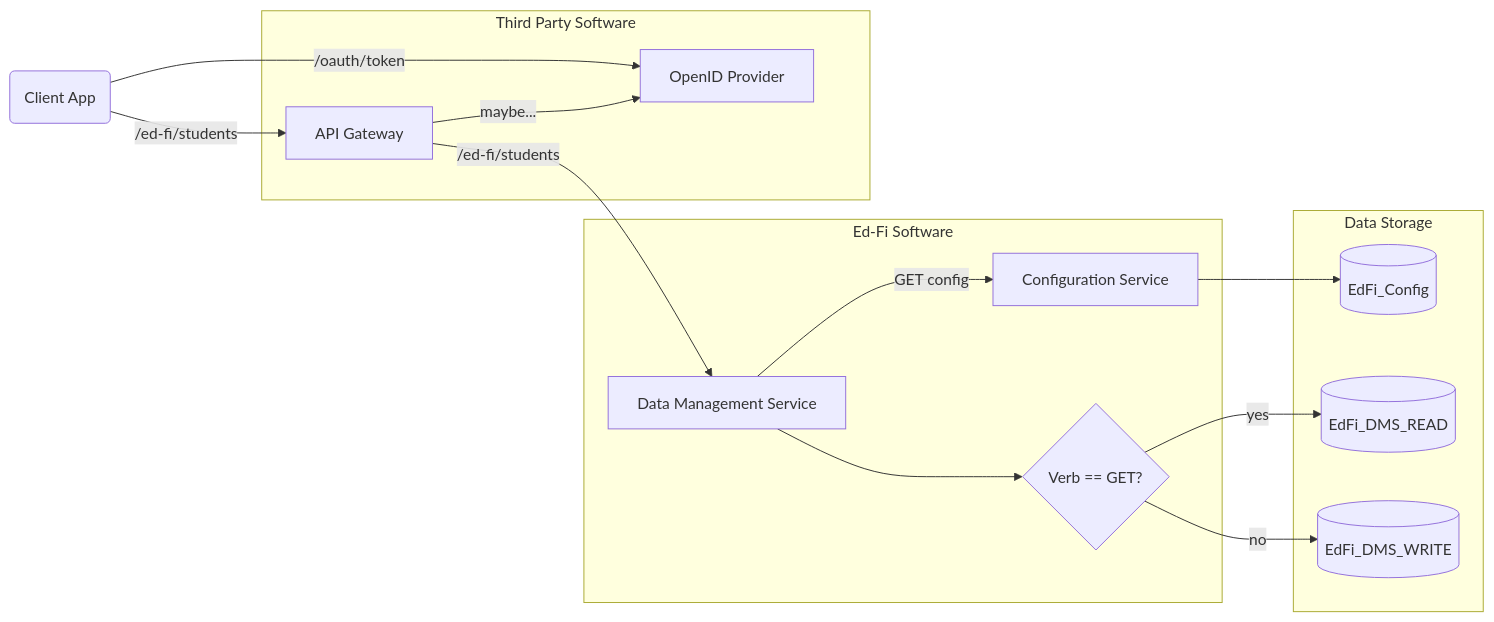
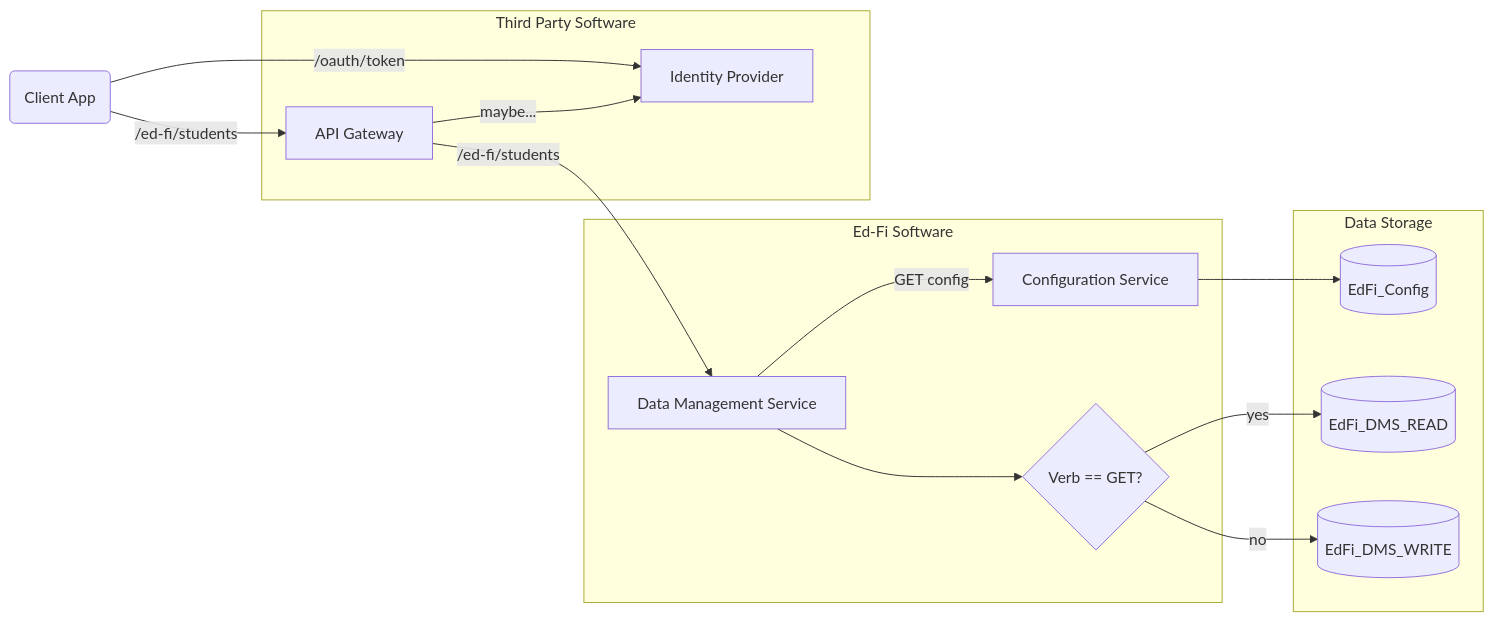
One commit to Ed-Fi-Alliance-OSS/Project-Tanager changed the first of 3 diagrams in docs/README.md. Above: the diagram before and after it, drawn with Mermaid. The commit also changed other lines of this file and 15 other files, not shown here.

````diff
--- a/docs/README.md
+++ b/docs/README.md
@@ -99,37 +99,37 @@
 ```mermaid
 flowchart LR
 
     client(Client App)
 
     subgraph Data Storage
         DMS_W[(EdFi_DMS_WRITE)]
         DMS_R[(EdFi_DMS_READ)]
         CS_DB[(EdFi_Config)]
     end
 
     subgraph Ed-Fi Software
         DMS[Data Management Service]
         CS[Configuration Service]
 
         verb{Verb == GET?}
 
         DMS -->|GET config| CS
         CS --> CS_DB
 
         DMS --> verb
         verb -->|yes| DMS_R
         verb -->|no| DMS_W
     end
 
     subgraph Third Party Software
         gateway[API Gateway]
-        openid[OpenID Provider]
+        idp[Identity Provider]
 
-        gateway -->|maybe...| openid
+        gateway -->|maybe...| idp
     end
 
-    client -->|/oauth/token| openid
+    client -->|/oauth/token| idp
 
     client -->|/ed-fi/students| gateway
     gateway -->|/ed-fi/students| DMS
 ```
````
